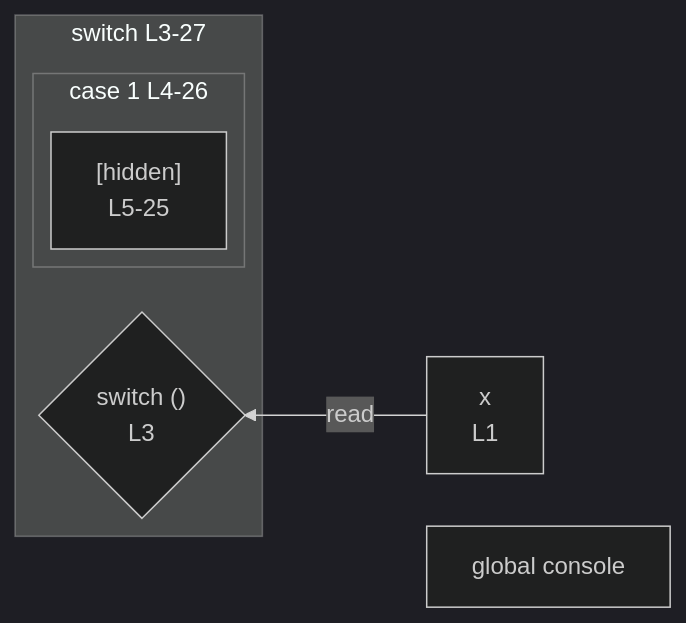
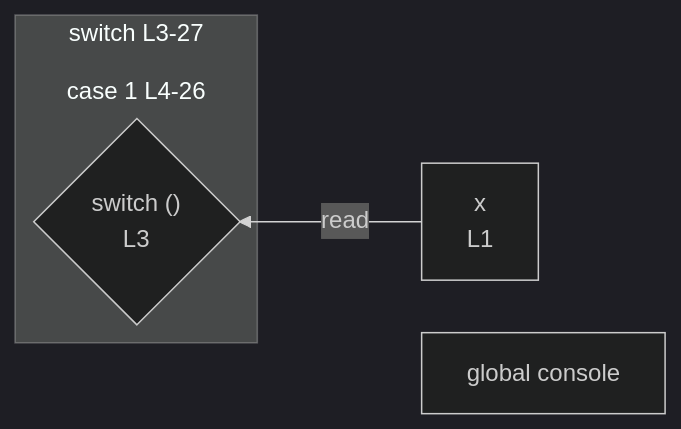
One commit to crescware/unsnarl changed the diagram in integration/fixtures/app-behavior/depth/switch/depth-1/preview.md. Above: the diagram before and after it, drawn with Mermaid (dark theme). The commit also changed 96 other files, not shown here.

````diff
--- a/integration/fixtures/app-behavior/depth/switch/depth-1/preview.md
+++ b/integration/fixtures/app-behavior/depth/switch/depth-1/preview.md
@@ -37,15 +37,14 @@
 ```mermaid
 %%{init: {"flowchart": {"defaultRenderer": "elk"}}}%%
 flowchart RL
   n_scope_0_x_6["x<br/>L1"]
   n_scope_0_console_296["global console"]
   subgraph s_scope_1["switch L3-27"]
     direction RL
     switch_discriminant_scope_0_14{"switch ()<br/>L3"}
     subgraph s_scope_2["case 1 L4-26"]
       direction RL
-      collapsed_scope_3["[hidden]<br/>L5-25"]
     end
   end
   n_scope_0_x_6 -->|read| switch_discriminant_scope_0_14
 ```
````
